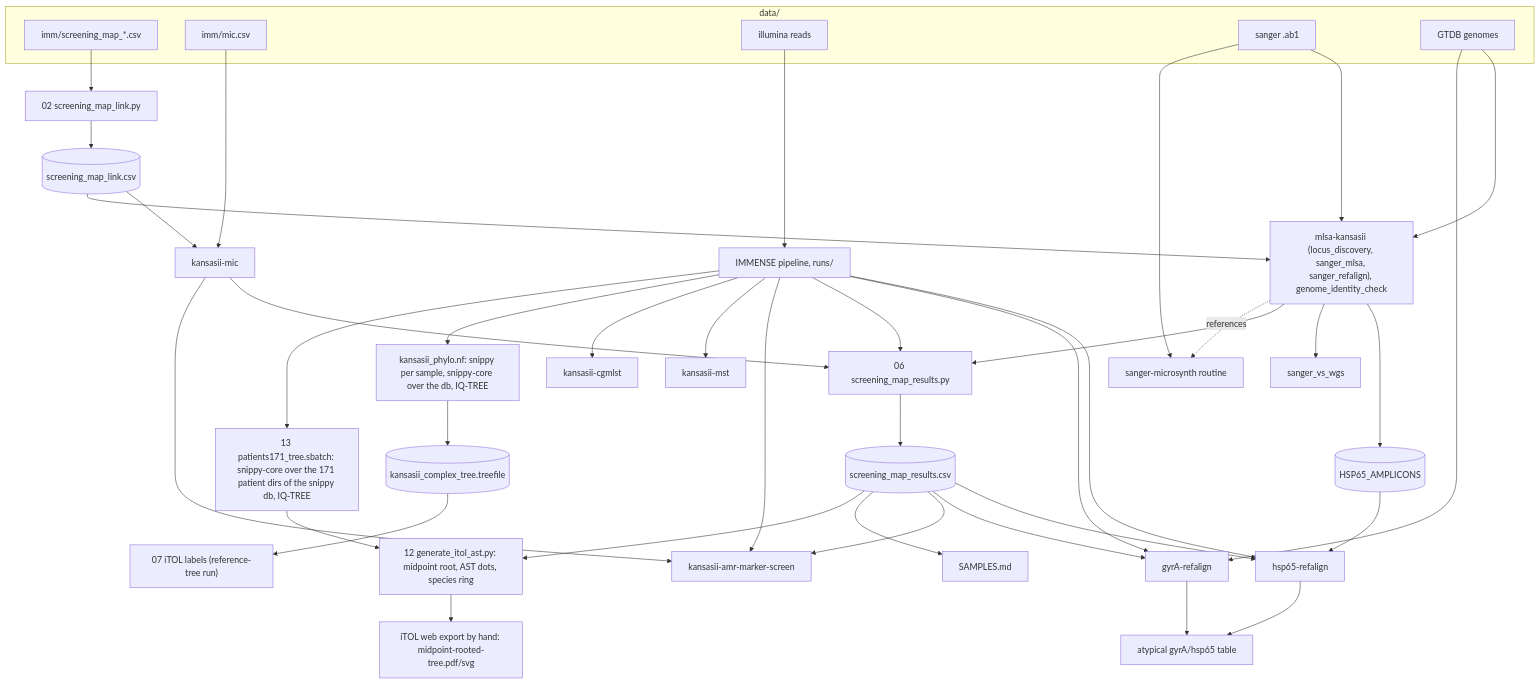
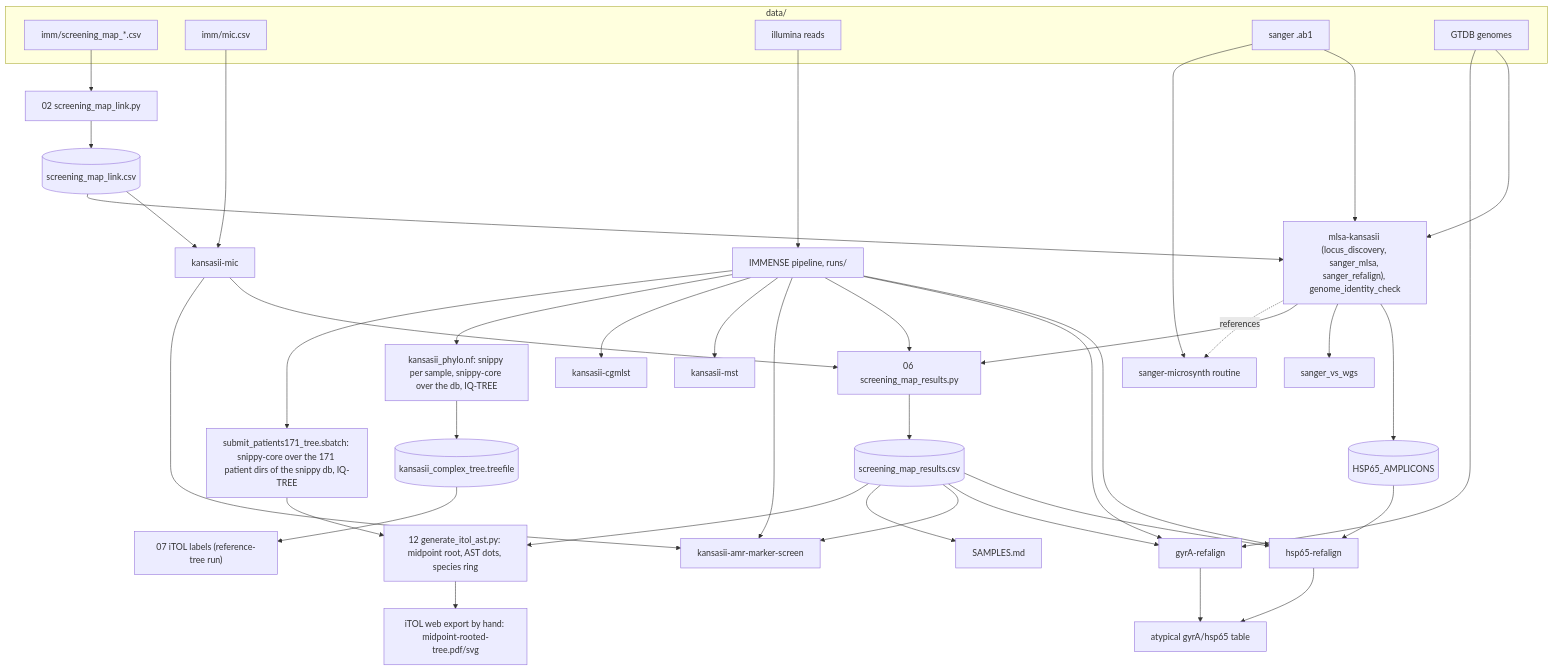
The diagram in docs/DATAFLOW.md (michaelmeuli/kansasii-docs), drawn with Mermaid before and after one commit. The commit also changed other lines of this file and 3 other files, not shown here.

Commit message:
Docs: tree job renamed to immensekansasii/submit_patients171_tree.sbatch

````diff
--- a/docs/DATAFLOW.md
+++ b/docs/DATAFLOW.md
@@ -6,47 +6,47 @@
 ```mermaid
 flowchart TD
   subgraph inputs ["data/"]
     SM["imm/screening_map_*.csv"]
     MICIN["imm/mic.csv"]
     READS["illumina reads"]
     SANG["sanger .ab1"]
     GTDB["GTDB genomes"]
   end
   SM --> LINK["02 screening_map_link.py"]
   LINK --> LT[("screening_map_link.csv")]
   READS --> PIPE["IMMENSE pipeline, runs/"]
   LT --> MIC["kansasii-mic"]
   MICIN --> MIC
   GTDB --> MLSA["mlsa-kansasii (locus_discovery, sanger_mlsa, sanger_refalign), genome_identity_check"]
   MLSA --> AMP[("HSP65_AMPLICONS")]
   SANG --> MLSA
   LT --> MLSA
   MLSA --> M4["sanger_vs_wgs"]
   AMP --> HSPR["hsp65-refalign"]
   RT --> HSPR
   PIPE --> HSPR
   GTDB --> GYR["gyrA-refalign"]
   RT --> GYR
   PIPE --> GYR
   HSPR --> ATY["atypical gyrA/hsp65 table"]
   GYR --> ATY
   MIC --> RES["06 screening_map_results.py"]
   MLSA --> RES
   PIPE --> RES
   RES --> RT[("screening_map_results.csv")]
   RT --> AMR["kansasii-amr-marker-screen"]
   MIC --> AMR
   PIPE --> AMR
   PIPE --> MST["kansasii-mst"]
   PIPE --> CG["kansasii-cgmlst"]
   RT --> REP["SAMPLES.md"]
   PIPE --> TREE["kansasii_phylo.nf: snippy per sample, snippy-core over the db, IQ-TREE"]
   TREE --> TT[("kansasii_complex_tree.treefile")]
   TT --> ITOL["07 iTOL labels (reference-tree run)"]
-  PIPE --> T171["13 patients171_tree.sbatch: snippy-core over the 171 patient dirs of the snippy db, IQ-TREE"]
+  PIPE --> T171["submit_patients171_tree.sbatch: snippy-core over the 171 patient dirs of the snippy db, IQ-TREE"]
   T171 --> AST["12 generate_itol_ast.py: midpoint root, AST dots, species ring"]
   RT --> AST
   AST --> FIG["iTOL web export by hand: midpoint-rooted-tree.pdf/svg"]
   SANG --> MS["sanger-microsynth routine"]
   MLSA -. references .-> MS
 ```
````
